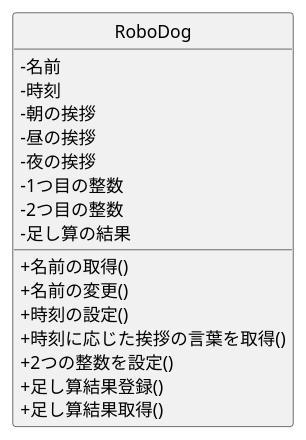
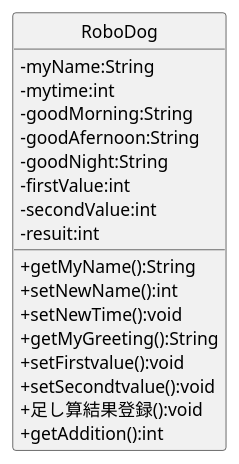
The diagram in 9月16日_資料/06_robo_dog/class.pu (Haruka-ui/ohara_uml), drawn with PlantUML before and after one commit. The commit also changed 47 other files, not shown here.

```diff
--- a/9月16日_資料/06_robo_dog/class.pu
+++ b/9月16日_資料/06_robo_dog/class.pu
@@ -1,24 +1,25 @@
 @startuml Robodogクラス図
 skinparam classAttributeIconSize 0
 hide circle
 
 class RoboDog {
- -名前
- -時刻
- -朝の挨拶
- -昼の挨拶
- -夜の挨拶
- -1つ目の整数
- -2つ目の整数
- -足し算の結果
+ -myName:String
+ -mytime:int
+ -goodMorning:String
+ -goodAfernoon:String
+ -goodNight:String
+ -firstValue:int
+ -secondValue:int
+ -resuit:int
 
- +名前の取得()
- +名前の変更()
- +時刻の設定()
- +時刻に応じた挨拶の言葉を取得()
- +2つの整数を設定()
- +足し算結果登録()
- +足し算結果取得()
+ +getMyName():String
+ +setNewName():int
+ +setNewTime():void
+ +getMyGreeting():String
+ +setFirstvalue():void
+ +setSecondtvalue():void
+ +足し算結果登録():void
+ +getAddition():int
 }
 
 @enduml
```
